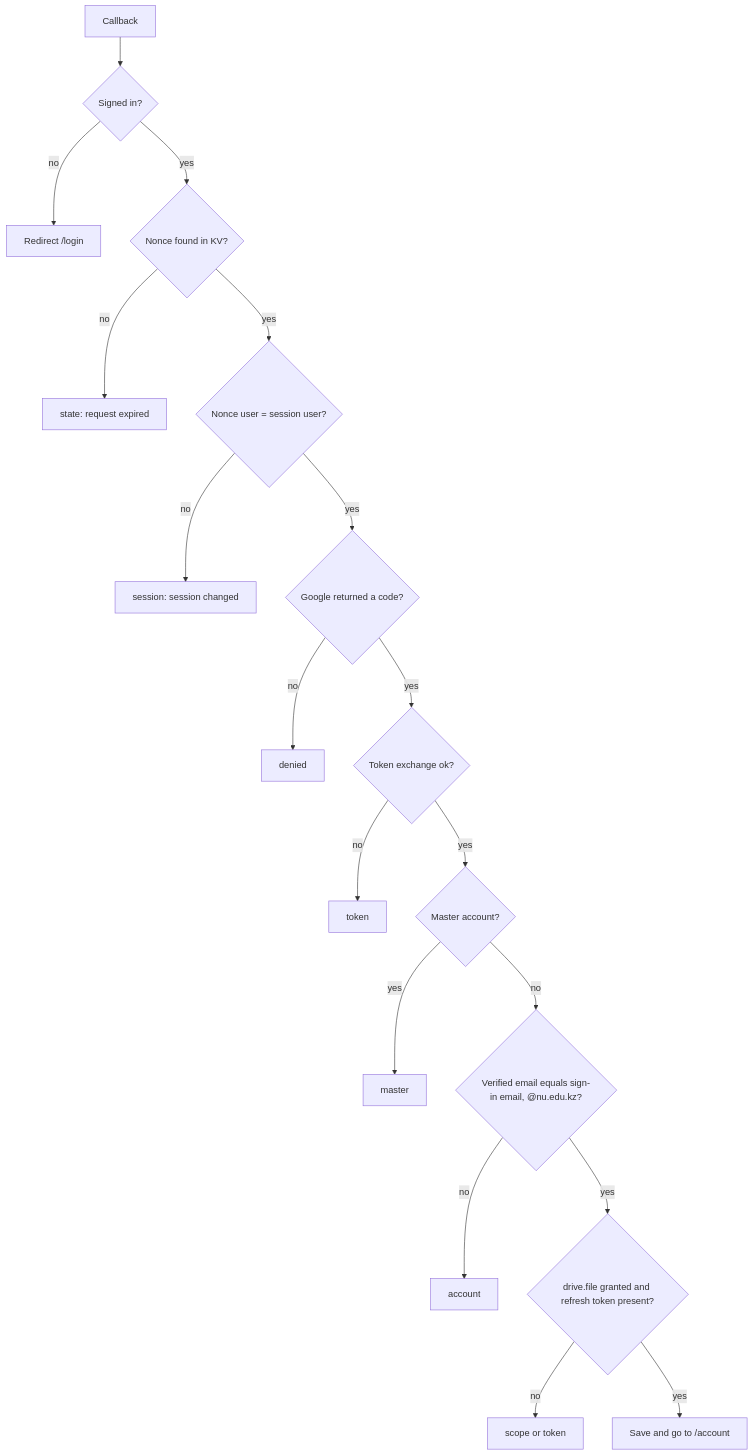
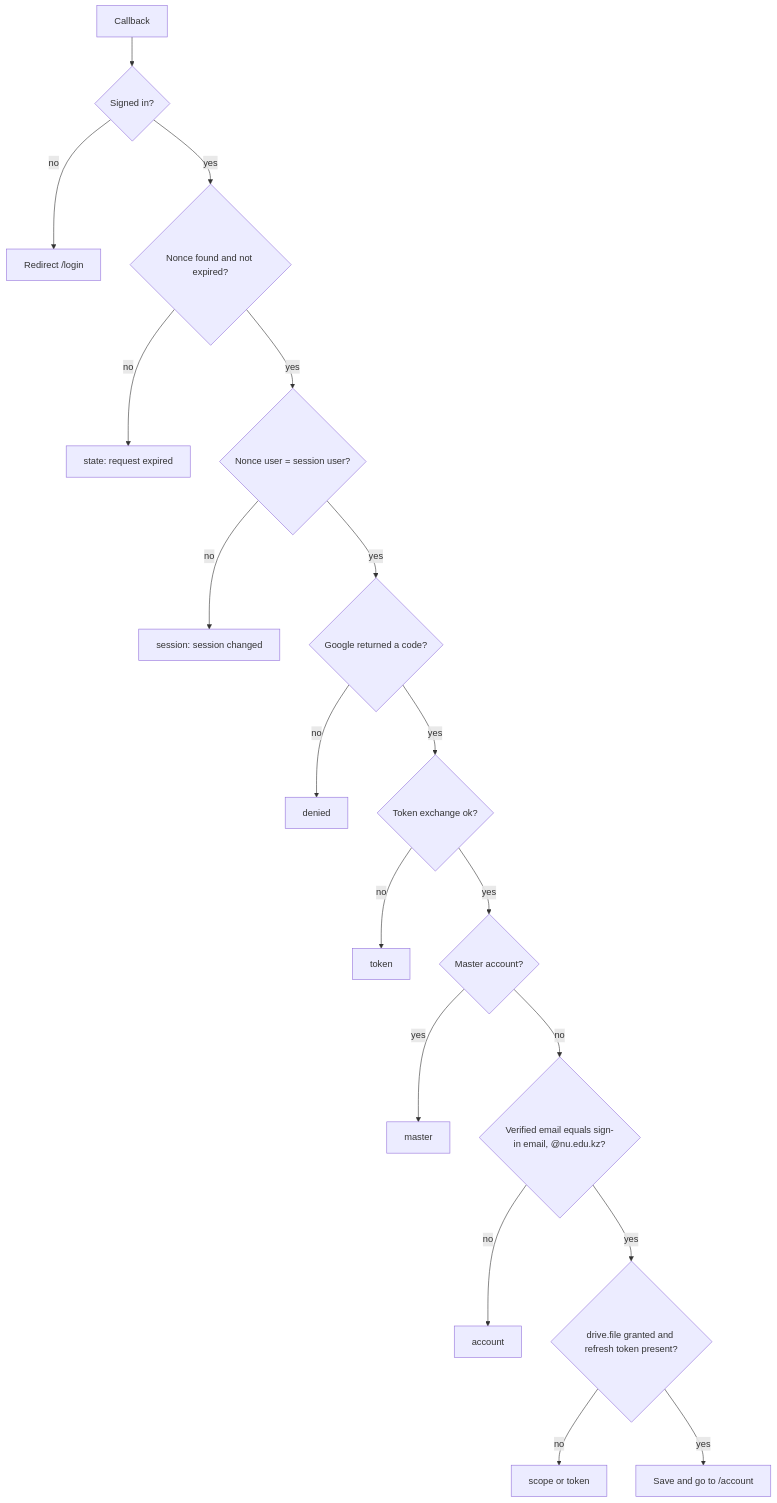
Before and after one commit to sagyzdop/meriksirat: the second of 2 diagrams in docs/scenarios/flamekeeper/onboarding/connect-drive.md, drawn with Mermaid. The commit also changed other lines of this file and 8 other files, not shown here.

````diff
--- a/docs/scenarios/flamekeeper/onboarding/connect-drive.md
+++ b/docs/scenarios/flamekeeper/onboarding/connect-drive.md
@@ -32,20 +31,20 @@
 ```mermaid
 flowchart TD
     A["Callback"] --> B{"Signed in?"}
     B -- no --> L["Redirect /login"]
-    B -- yes --> C{"Nonce found in KV?"}
+    B -- yes --> C{"Nonce found and not expired?"}
     C -- no --> E1["state: request expired"]
     C -- yes --> D{"Nonce user = session user?"}
     D -- no --> E2["session: session changed"]
     D -- yes --> F{"Google returned a code?"}
     F -- no --> E3["denied"]
     F -- yes --> G{"Token exchange ok?"}
     G -- no --> E4["token"]
     G -- yes --> H{"Master account?"}
     H -- yes --> E5["master"]
     H -- no --> I{"Verified email equals sign-in email, @nu.edu.kz?"}
     I -- no --> E6["account"]
     I -- yes --> J{"drive.file granted and refresh token present?"}
     J -- no --> E7["scope or token"]
     J -- yes --> OK["Save and go to /account"]
 ```
````
